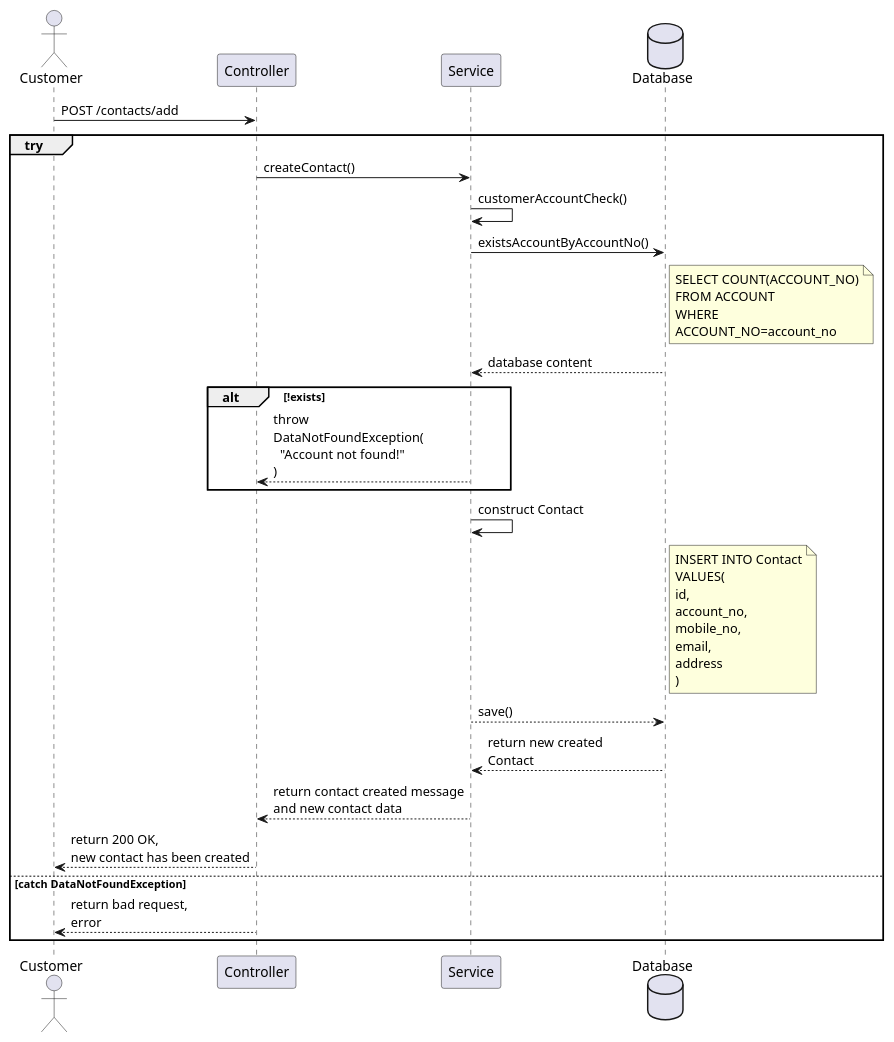
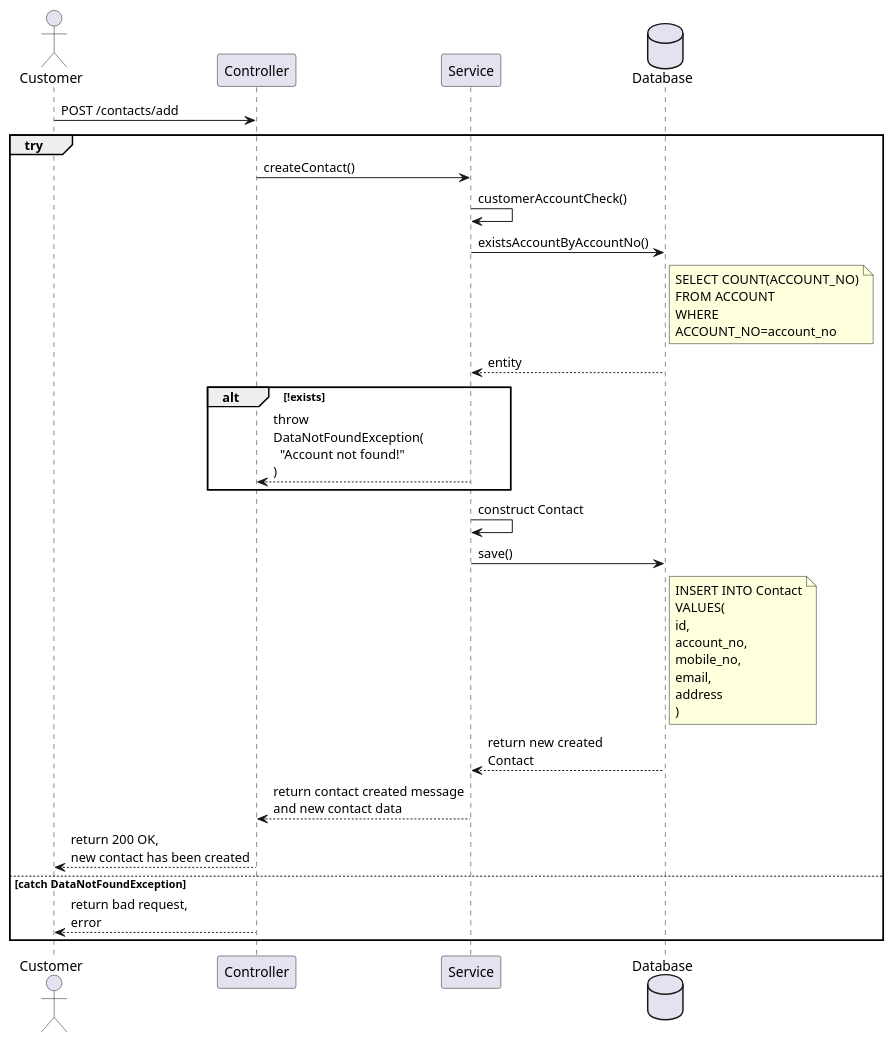
The diagram in plantuml/authbanking-accountcontact.puml (l-reginamh/hands-on-practices), drawn with PlantUML before and after one commit. The commit also changed 14 other files, not shown here.

```diff
--- a/plantuml/authbanking-accountcontact.puml
+++ b/plantuml/authbanking-accountcontact.puml
@@ -1,37 +1,37 @@
 @startuml Online Bank Account Contact Details
 
 actor       Customer   as Cust
 participant Controller as C
 participant Service    as S
 database    Database   as DB
 
 Cust     ->   C       : POST /contacts/add
 
 group try
 
     C    ->   S       : createContact()
 
     S    ->   S       : customerAccountCheck()
     S    ->   DB      : existsAccountByAccountNo()
     note right of DB  : SELECT COUNT(ACCOUNT_NO)\nFROM ACCOUNT\nWHERE\nACCOUNT_NO=account_no
-    DB   -->  S       : database content
+    DB   -->  S       : entity
     
     alt !exists
         S    -->  C   : throw \nDataNotFoundException(\n  "Account not found!"\n)
     end
 
     S    ->   S       : construct Contact
+    S    ->   DB      : save()
     note right of DB  : INSERT INTO Contact\nVALUES(\nid,\naccount_no,\nmobile_no,\nemail,\naddress\n)
-    S    -->  DB      : save()
     DB   -->  S       : return new created\nContact
     S    -->  C       : return contact created message\nand new contact data
     C    -->  Cust    : return 200 OK,\nnew contact has been created
 
 
 else catch DataNotFoundException
 
     C    -->  Cust    : return bad request,\nerror
 
 end
 
 @enduml
```
